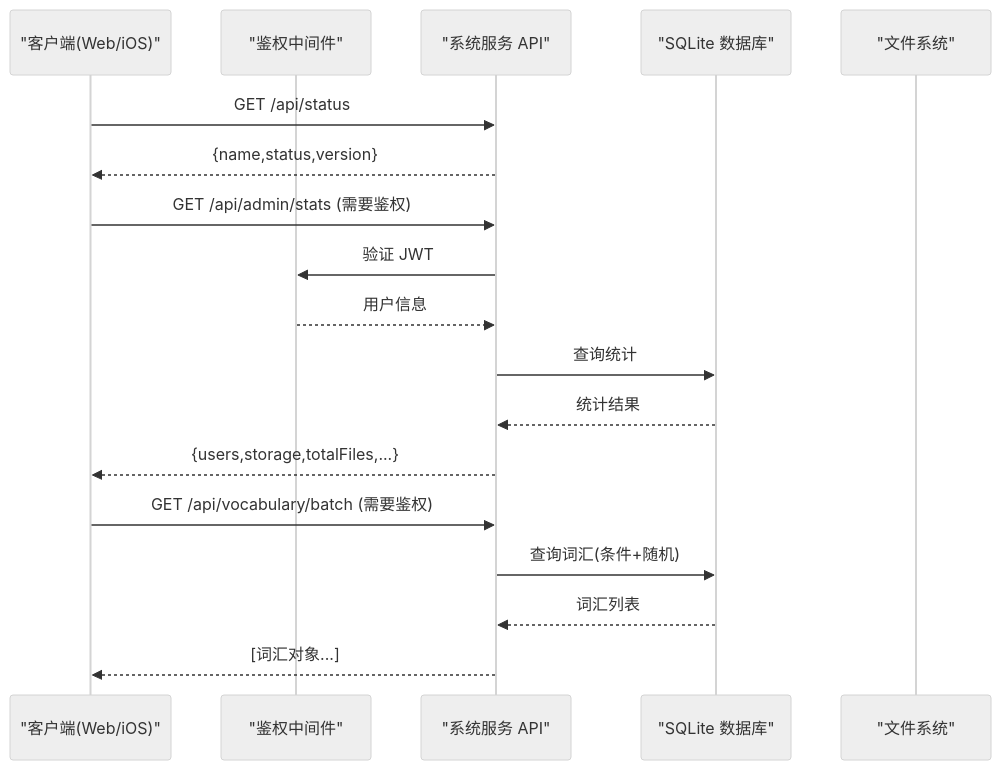
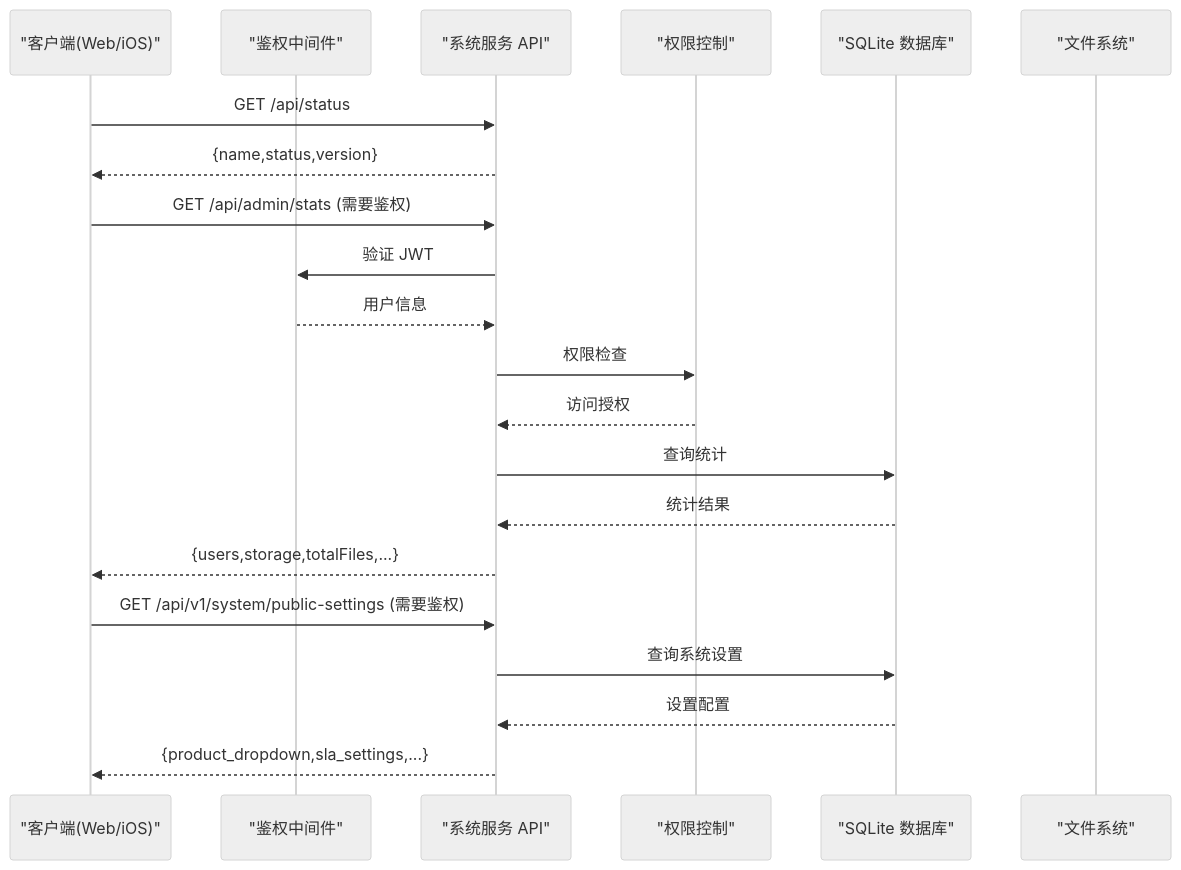
The second of 13 diagrams in .qoder/repowiki/zh/content/API 接口文档/系统服务 API.md (CubeEdge/Longhorn), drawn with Mermaid (neutral theme) before and after one commit. The commit also changed other lines of this file and 53 other files, not shown here.

````diff
--- a/.qoder/repowiki/zh/content/API 接口文档/系统服务 API.md
+++ b/.qoder/repowiki/zh/content/API 接口文档/系统服务 API.md
@@ -79,20 +104,23 @@
 ```mermaid
 sequenceDiagram
 participant Client as "客户端(Web/iOS)"
 participant Auth as "鉴权中间件"
 participant API as "系统服务 API"
+participant Perm as "权限控制"
 participant DB as "SQLite 数据库"
 participant FS as "文件系统"
 Client->>API : GET /api/status
 API-->>Client : {name,status,version}
 Client->>API : GET /api/admin/stats (需要鉴权)
 API->>Auth : 验证 JWT
 Auth-->>API : 用户信息
+API->>Perm : 权限检查
+Perm-->>API : 访问授权
 API->>DB : 查询统计
 DB-->>API : 统计结果
 API-->>Client : {users,storage,totalFiles,...}
-Client->>API : GET /api/vocabulary/batch (需要鉴权)
-API->>DB : 查询词汇(条件+随机)
-DB-->>API : 词汇列表
-API-->>Client : [词汇对象...]
+Client->>API : GET /api/v1/system/public-settings (需要鉴权)
+API->>DB : 查询系统设置
+DB-->>API : 设置配置
+API-->>Client : {product_dropdown,sla_settings,...}
 ```
````
